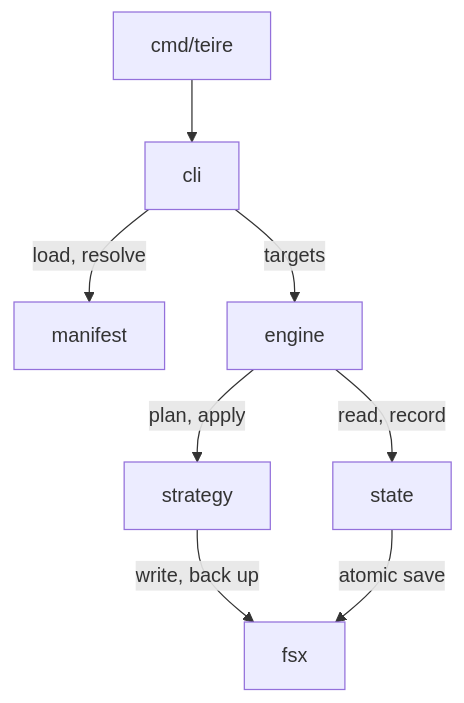
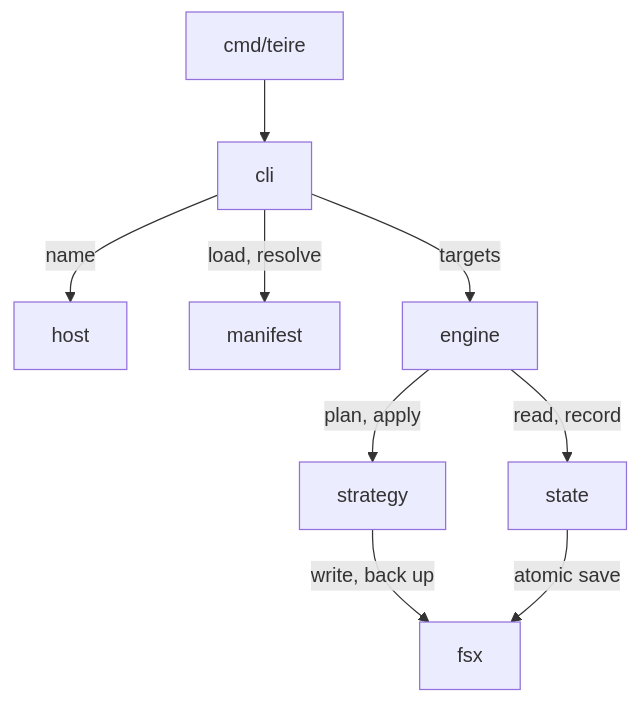
One commit to fabioueno/teire changed the diagram in docs/architecture/overview.md. Above: the diagram before and after it, drawn with Mermaid. The commit also changed 29 other files, not shown here.

````diff
--- a/docs/architecture/overview.md
+++ b/docs/architecture/overview.md
@@ -85,10 +85,11 @@
 ```mermaid
 flowchart TD
   main[cmd/teire] --> cli
+  cli -->|name| host
   cli -->|load, resolve| manifest
   cli -->|targets| engine
   engine -->|read, record| state
   engine -->|plan, apply| strategy
   strategy -->|write, back up| fsx
   state -->|atomic save| fsx
 ```
````
